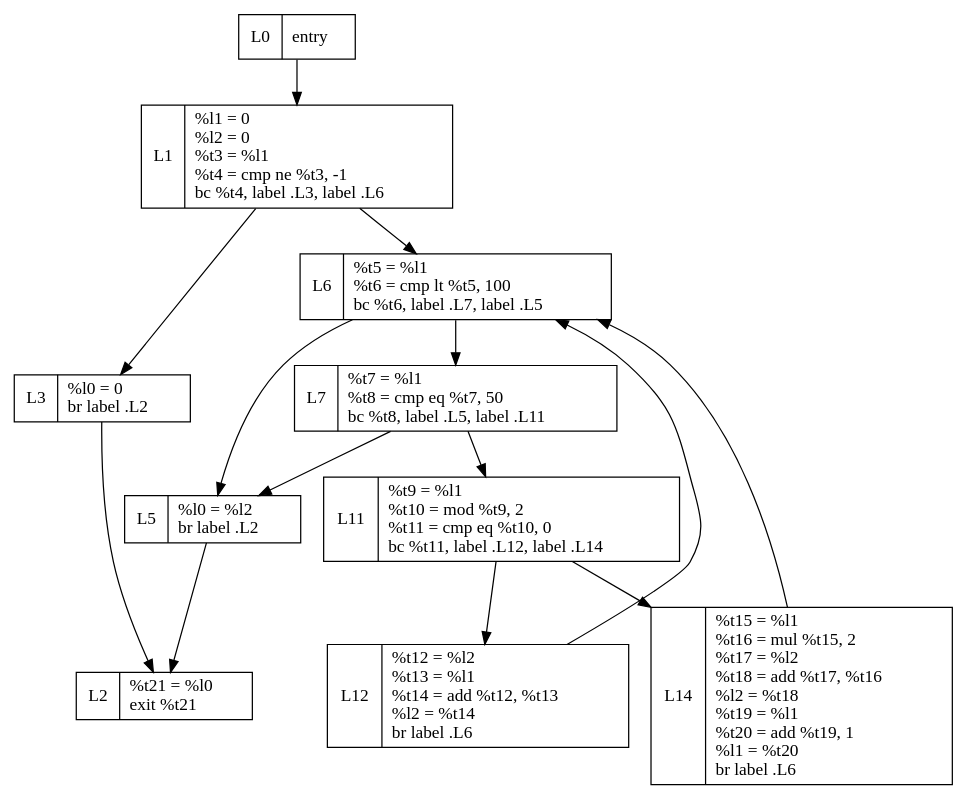
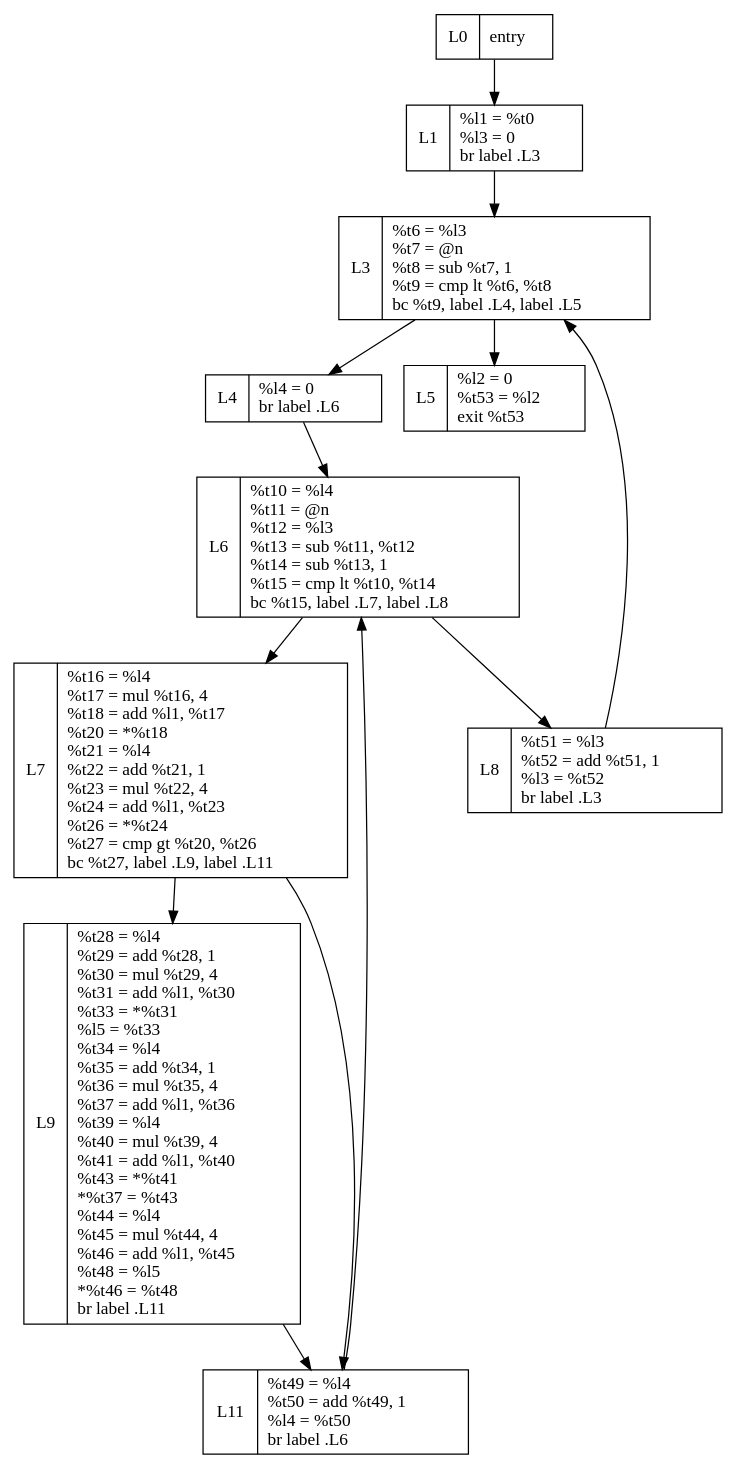
The diagram in test.dot (LC044/MiniC), drawn with Graphviz before and after one commit. The commit also changed 9 other files, not shown here.

```diff
--- a/test.dot
+++ b/test.dot
@@ -1,26 +1,25 @@
 digraph{
  node[shape = record];
  entry [label="L0 | entry \l"];
-L1 [label="L1 |      %l1 = 0 \l     %l2 = 0 \l     %t3 = %l1 \l     %t4 = cmp ne %t3, -1 \l     bc %t4, label .L3, label .L6 \l  "];
-L3 [label="L3 |      %l0 = 0 \l     br label .L2 \l  "];
-L6 [label="L6 |      %t5 = %l1 \l     %t6 = cmp lt %t5, 100 \l     bc %t6, label .L7, label .L5 \l  "];
-L7 [label="L7 |      %t7 = %l1 \l     %t8 = cmp eq %t7, 50 \l     bc %t8, label .L5, label .L11 \l  "];
-L11 [label="L11 |      %t9 = %l1 \l     %t10 = mod %t9, 2 \l     %t11 = cmp eq %t10, 0 \l     bc %t11, label .L12, label .L14 \l  "];
-L12 [label="L12 |      %t12 = %l2 \l     %t13 = %l1 \l     %t14 = add %t12, %t13 \l     %l2 = %t14 \l     br label .L6 \l  "];
-L14 [label="L14 |      %t15 = %l1 \l     %t16 = mul %t15, 2 \l     %t17 = %l2 \l     %t18 = add %t17, %t16 \l     %l2 = %t18 \l     %t19 = %l1 \l     %t20 = add %t19, 1 \l     %l1 = %t20 \l     br label .L6 \l  "];
-L5 [label="L5 |      %l0 = %l2 \l     br label .L2 \l  "];
-L2 [label="L2 |      %t21 = %l0 \l     exit %t21 \l  "];
+L1 [label="L1 |      %l1 = %t0 \l     %l3 = 0 \l     br label .L3 \l  "];
+L3 [label="L3 |      %t6 = %l3 \l     %t7 = @n \l     %t8 = sub %t7, 1 \l     %t9 = cmp lt %t6, %t8 \l     bc %t9, label .L4, label .L5 \l  "];
+L4 [label="L4 |      %l4 = 0 \l     br label .L6 \l  "];
+L6 [label="L6 |      %t10 = %l4 \l     %t11 = @n \l     %t12 = %l3 \l     %t13 = sub %t11, %t12 \l     %t14 = sub %t13, 1 \l     %t15 = cmp lt %t10, %t14 \l     bc %t15, label .L7, label .L8 \l  "];
+L7 [label="L7 |      %t16 = %l4 \l     %t17 = mul %t16, 4 \l     %t18 = add %l1, %t17 \l     %t20 = *%t18 \l     %t21 = %l4 \l     %t22 = add %t21, 1 \l     %t23 = mul %t22, 4 \l     %t24 = add %l1, %t23 \l     %t26 = *%t24 \l     %t27 = cmp gt %t20, %t26 \l     bc %t27, label .L9, label .L11 \l  "];
+L9 [label="L9 |      %t28 = %l4 \l     %t29 = add %t28, 1 \l     %t30 = mul %t29, 4 \l     %t31 = add %l1, %t30 \l     %t33 = *%t31 \l     %l5 = %t33 \l     %t34 = %l4 \l     %t35 = add %t34, 1 \l     %t36 = mul %t35, 4 \l     %t37 = add %l1, %t36 \l     %t39 = %l4 \l     %t40 = mul %t39, 4 \l     %t41 = add %l1, %t40 \l     %t43 = *%t41 \l     *%t37 = %t43 \l     %t44 = %l4 \l     %t45 = mul %t44, 4 \l     %t46 = add %l1, %t45 \l     %t48 = %l5 \l     *%t46 = %t48 \l     br label .L11 \l  "];
+L11 [label="L11 |      %t49 = %l4 \l     %t50 = add %t49, 1 \l     %l4 = %t50 \l     br label .L6 \l  "];
+L8 [label="L8 |      %t51 = %l3 \l     %t52 = add %t51, 1 \l     %l3 = %t52 \l     br label .L3 \l  "];
+L5 [label="L5 |      %l2 = 0 \l     %t53 = %l2 \l     exit %t53 \l  "];
 entry -> L1;
 L1 -> L3;
-L1 -> L6;
-L3 -> L2;
+L3 -> L4;
+L3 -> L5;
+L4 -> L6;
 L6 -> L7;
-L6 -> L5;
-L7 -> L5;
+L6 -> L8;
+L7 -> L9;
 L7 -> L11;
-L11 -> L12;
-L11 -> L14;
-L12 -> L6;
-L14 -> L6;
-L5 -> L2;
+L9 -> L11;
+L11 -> L6;
+L8 -> L3;
 }
```
